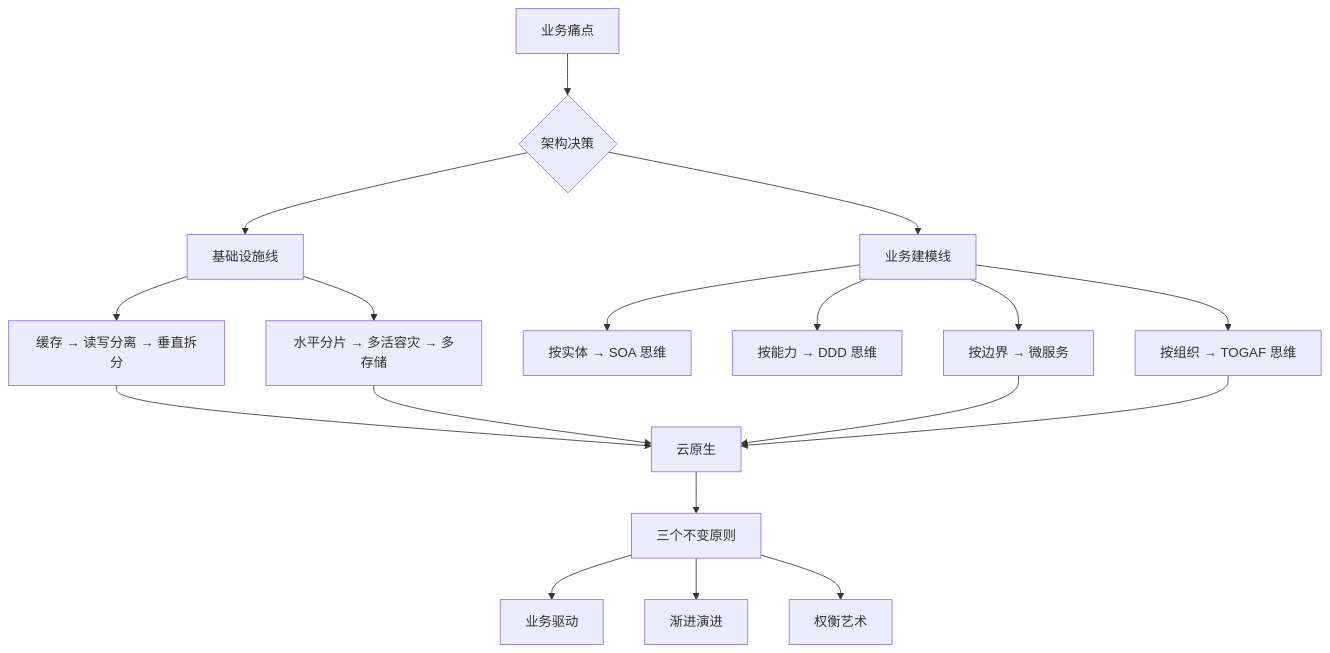
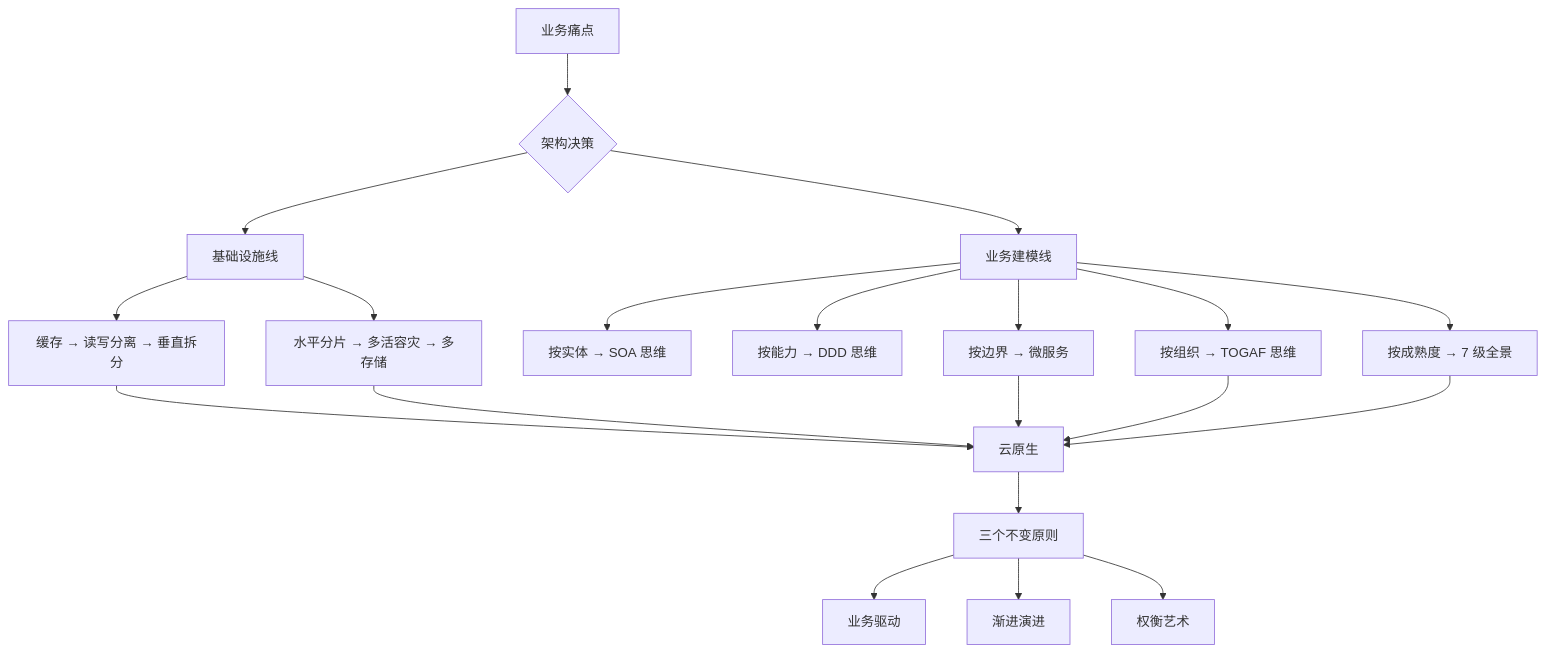
Before and after one commit to wb04307201/wb04307201: the fourth of 4 diagrams in note/14.story/02-system-architecture-evolution.md, drawn with Mermaid. The commit also changed other lines of this file and 3 other files, not shown here.

````diff
--- a/note/14.story/02-system-architecture-evolution.md
+++ b/note/14.story/02-system-architecture-evolution.md
@@ -444,20 +539,22 @@
 ```mermaid
 graph TD
     A[业务痛点] --> B{架构决策}
     B --> C[基础设施线]
     B --> D[业务建模线]
     C --> C1[缓存 → 读写分离 → 垂直拆分]
     C --> C2[水平分片 → 多活容灾 → 多存储]
     D --> D1[按实体 → SOA 思维]
     D --> D2[按能力 → DDD 思维]
     D --> D3[按边界 → 微服务]
     D --> D4[按组织 → TOGAF 思维]
+    D --> D5[按成熟度 → 7 级全景]
     C1 --> E[云原生]
     C2 --> E
     D3 --> E
     D4 --> E
+    D5 --> E
     E --> F[三个不变原则]
     F --> G[业务驱动]
     F --> H[渐进演进]
     F --> I[权衡艺术]
 ```
````
